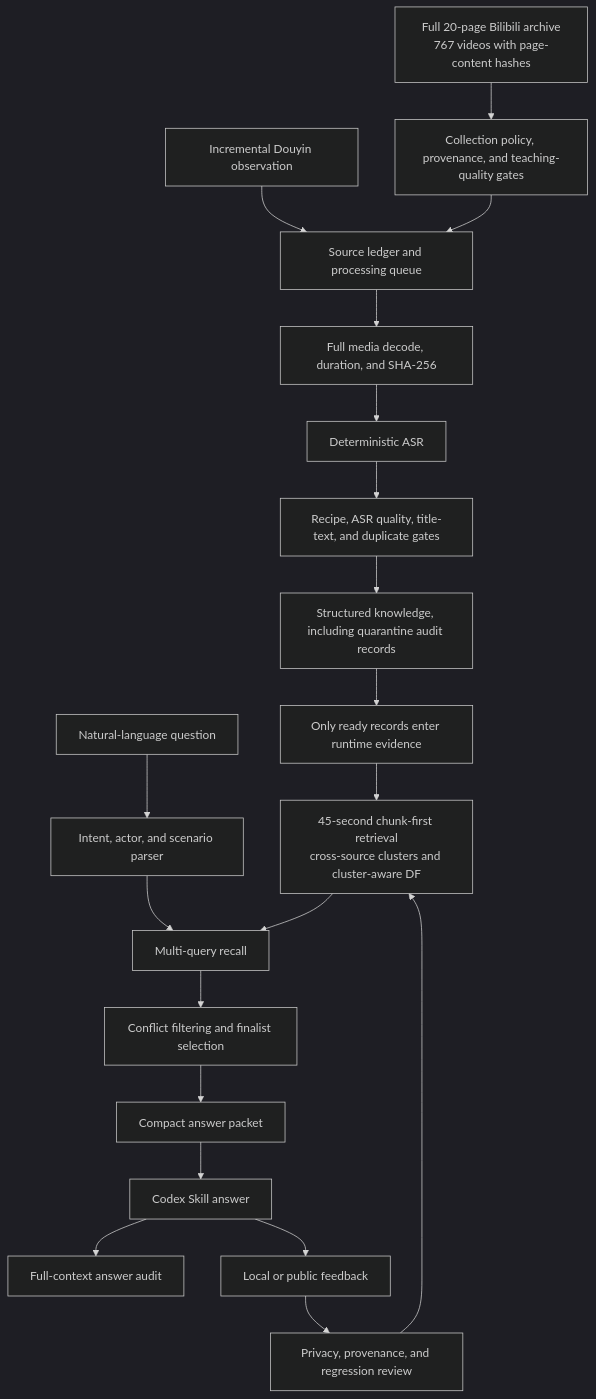
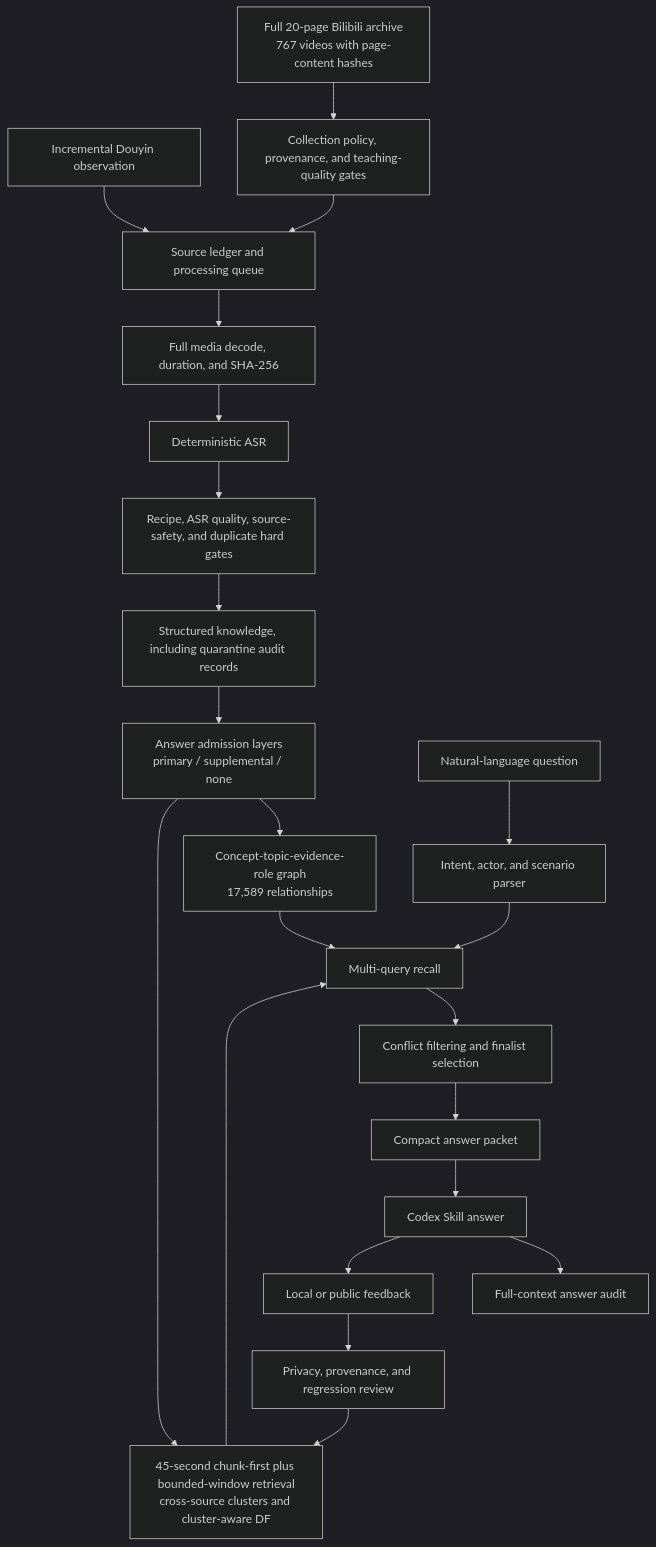
Before and after one commit to MuyuanGuo/badminton-skills-coach: the diagram in README.en.md, drawn with Mermaid (dark theme). The commit also changed other lines of this file and 66 other files, not shown here.

Commit message:
feat: add tiered evidence architecture

````diff
--- a/README.en.md
+++ b/README.en.md
@@ -85,22 +87,24 @@
 ```mermaid
 flowchart TD
     A1["Incremental Douyin observation"] --> B["Source ledger and processing queue"]
     A2["Full 20-page Bilibili archive<br/>767 videos with page-content hashes"] --> O["Collection policy, provenance, and teaching-quality gates"]
     O --> B
     B --> C["Full media decode, duration, and SHA-256"]
     C --> D["Deterministic ASR"]
-    D --> P["Recipe, ASR quality, title-text, and duplicate gates"]
+    D --> P["Recipe, ASR quality, source-safety, and duplicate hard gates"]
     P --> E["Structured knowledge, including quarantine audit records"]
-    E --> R["Only ready records enter runtime evidence"]
-    R --> F["45-second chunk-first retrieval<br/>cross-source clusters and cluster-aware DF"]
+    E --> A["Answer admission layers<br/>primary / supplemental / none"]
+    A --> KG["Concept-topic-evidence-role graph<br/>17,589 relationships"]
+    A --> F["45-second chunk-first plus bounded-window retrieval<br/>cross-source clusters and cluster-aware DF"]
     Q["Natural-language question"] --> G["Intent, actor, and scenario parser"]
     G --> H["Multi-query recall"]
     F --> H
+    KG --> H
     H --> I["Conflict filtering and finalist selection"]
     I --> J["Compact answer packet"]
     J --> K["Codex Skill answer"]
     K --> L["Full-context answer audit"]
     K --> M["Local or public feedback"]
     M --> N["Privacy, provenance, and regression review"]
     N --> F
 ```
````
